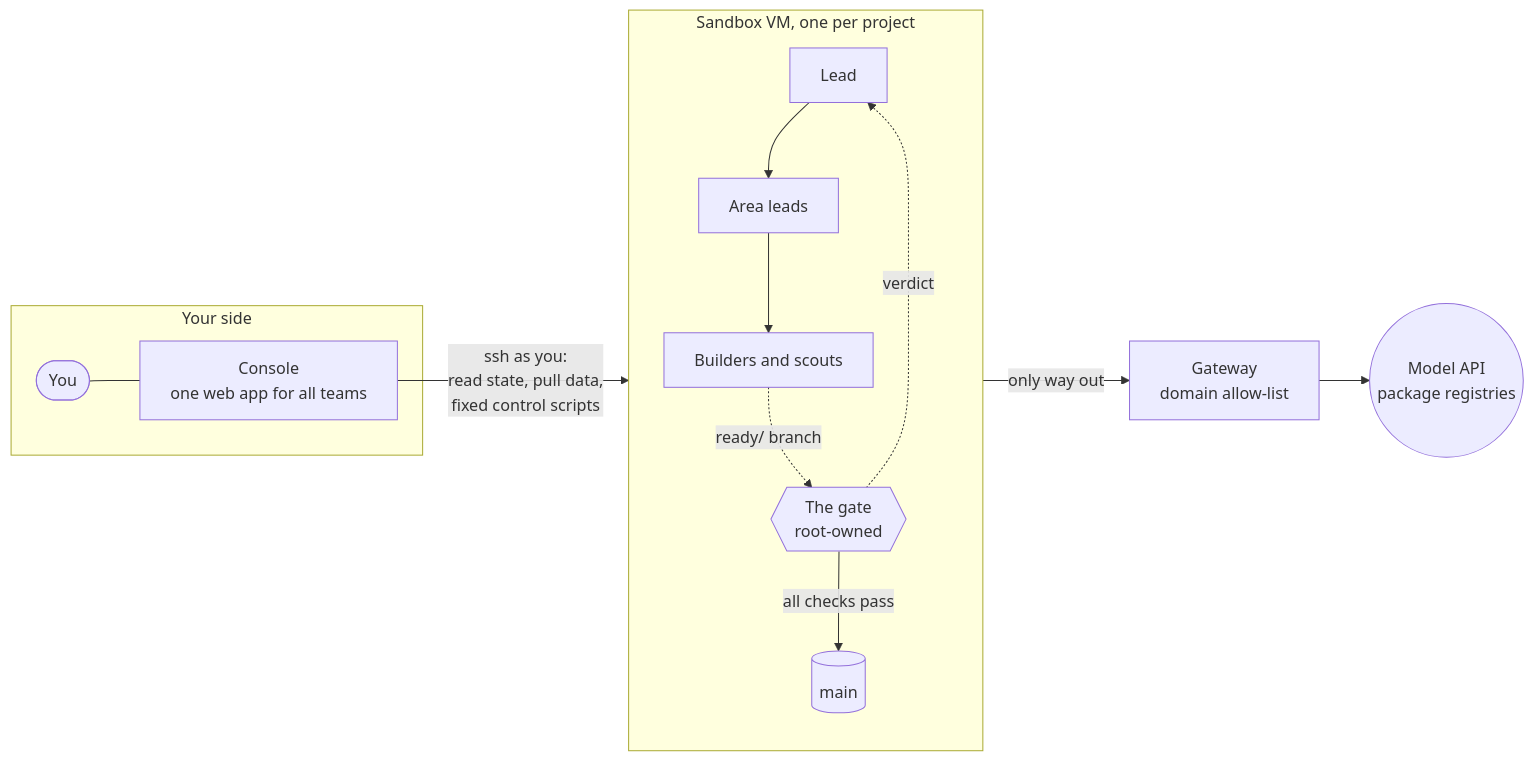
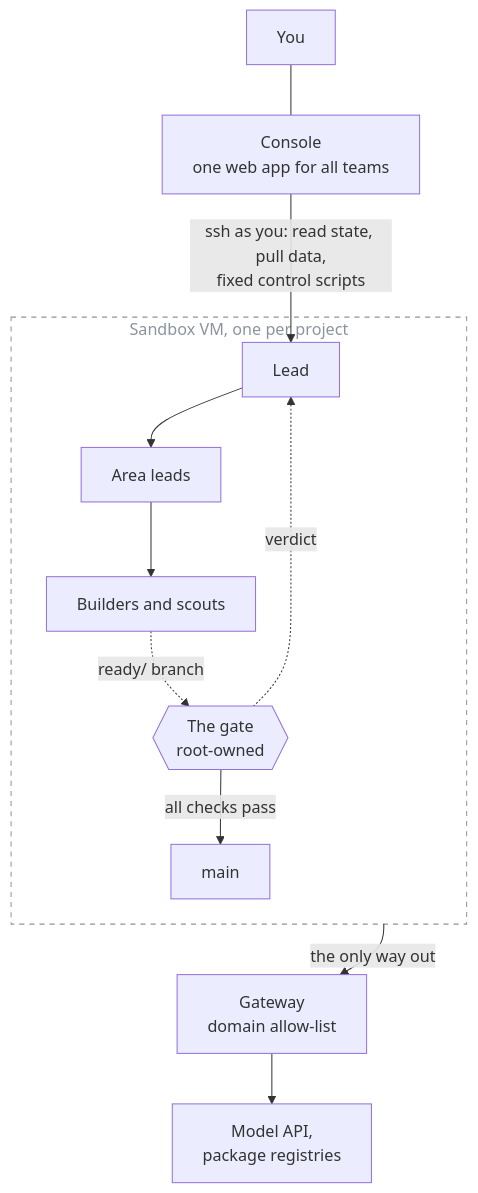
The first of 7 diagrams in README.md (awall451/ziggurat), drawn with Mermaid before and after one commit. The commit also changed other lines of this file, not shown here.

Commit message:
README: diagrams that read well in GitHub's dark and light themes
The overview and the deploy flow were too wide to read; they now run top
to bottom. Rounded and circle shapes and subgraph backgrounds came out
light with pale text in the dark theme, so the diagrams use plain boxes
and an outlined group instead.

````diff
--- a/README.md
+++ b/README.md
@@ -37,27 +37,18 @@
 ```mermaid
-flowchart LR
-    subgraph you["Your side"]
-        owner(["You"])
-        console["Console<br/>one web app for all teams"]
-        owner --- console
-    end
+flowchart TB
+    owner["You"] --- console["Console<br/>one web app for all teams"]
+    console -- "ssh as you: read state, pull data,<br/>fixed control scripts" --> lead
 
     subgraph vm["Sandbox VM, one per project"]
-        direction TB
-        lead["Lead"]
-        areas["Area leads"]
-        workers["Builders and scouts"]
-        gate{{"The gate<br/>root-owned"}}
-        main[("main")]
-        lead --> areas --> workers
-        workers -. "ready/ branch" .-> gate
-        gate -- "all checks pass" --> main
+        lead["Lead"] --> areas["Area leads"] --> workers["Builders and scouts"]
+        workers -. "ready/ branch" .-> gate{{"The gate<br/>root-owned"}}
+        gate -- "all checks pass" --> main["main"]
         gate -. "verdict" .-> lead
     end
 
-    proxy["Gateway<br/>domain allow-list"]
-    net(("Model API<br/>package registries"))
+    main ~~~ proxy
+    vm -- "the only way out" --> proxy["Gateway<br/>domain allow-list"]
+    proxy --> net["Model API,<br/>package registries"]
 
-    console -- "ssh as you:<br/>read state, pull data,<br/>fixed control scripts" --> vm
-    vm -- "only way out" --> proxy --> net
+    style vm fill:none,stroke:#8b949e,stroke-dasharray:5 5,color:#8b949e
 ```
````
